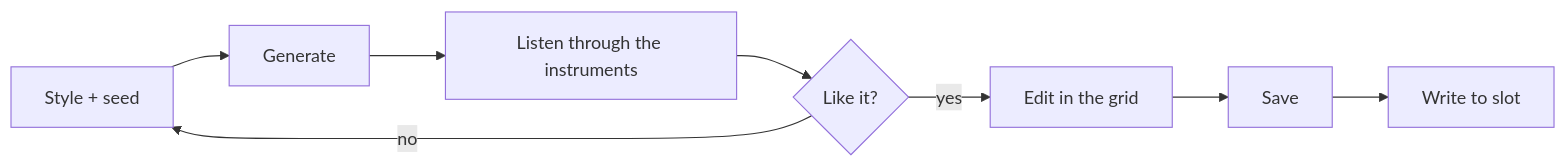
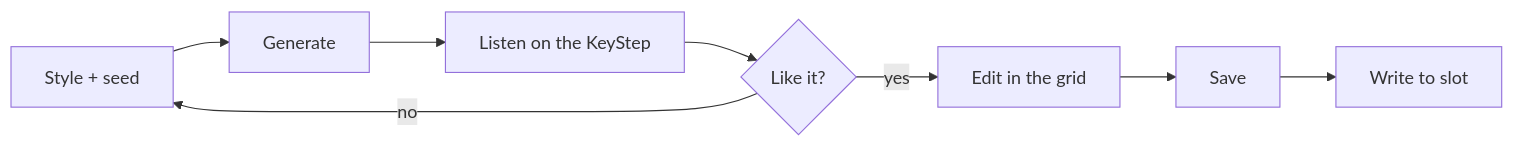
The diagram in docs/manual/user/07-generate.md (lgarraza/KeyStepProStudio), drawn with Mermaid before and after one commit. The commit also changed other lines of this file and 39 other files, not shown here.

````diff
--- a/docs/manual/user/07-generate.md
+++ b/docs/manual/user/07-generate.md
@@ -47,10 +47,10 @@
 ```mermaid
 flowchart LR
   A[Style + seed] --> B[Generate]
-  B --> C[Listen through the instruments]
+  B --> C[Listen on the KeyStep]
   C --> D{Like it?}
   D -- no --> A
   D -- yes --> E[Edit in the grid]
   E --> F[Save]
   F --> G[Write to slot]
 ```
````
